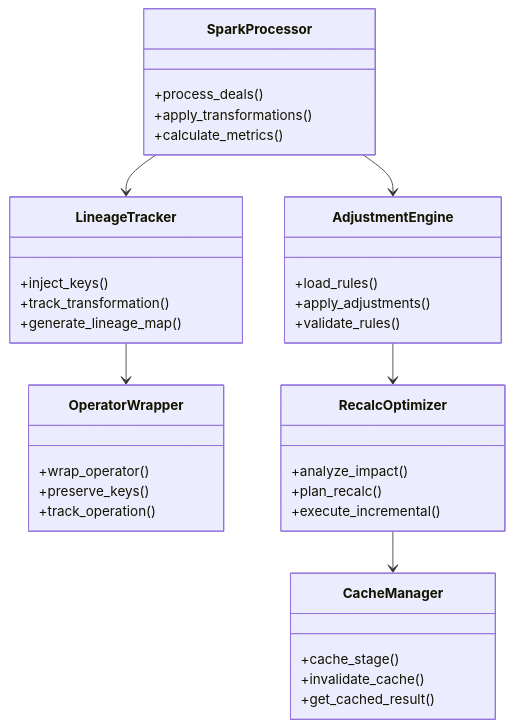
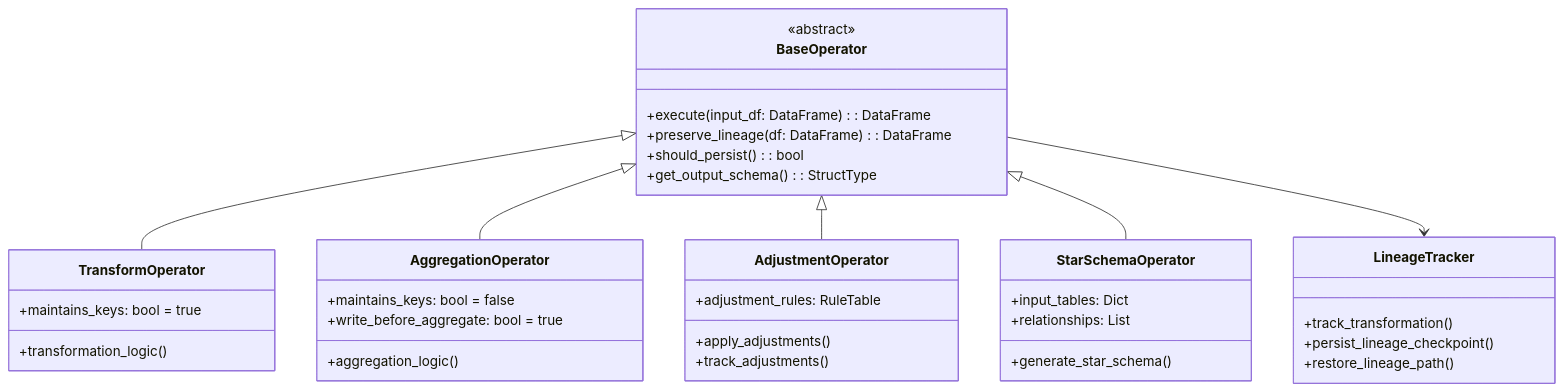
One commit to foolishimp/c4h_projects changed the second of 9 diagrams in processes/adjustments_models_v1.md. Above: the diagram before and after it, drawn with Mermaid. The commit also changed other lines of this file and 1 other file, not shown here.

````diff
--- a/processes/adjustments_models_v1.md
+++ b/processes/adjustments_models_v1.md
@@ -71,44 +88,45 @@
 ```mermaid
 classDiagram
-    class SparkProcessor {
-        +process_deals()
-        +apply_transformations()
-        +calculate_metrics()
+    class BaseOperator {
+        <<abstract>>
+        +execute(input_df: DataFrame): DataFrame
+        +preserve_lineage(df: DataFrame): DataFrame
+        +should_persist(): bool
+        +get_output_schema(): StructType
     }
     
-    class AdjustmentEngine {
-        +load_rules()
+    class TransformOperator {
+        +transformation_logic()
+        +maintains_keys: bool = true
+    }
+    
+    class AggregationOperator {
+        +aggregation_logic()
+        +maintains_keys: bool = false
+        +write_before_aggregate: bool = true
+    }
+    
+    class AdjustmentOperator {
+        +adjustment_rules: RuleTable
         +apply_adjustments()
-        +validate_rules()
+        +track_adjustments()
+    }
+    
+    class StarSchemaOperator {
+        +input_tables: Dict
+        +relationships: List
+        +generate_star_schema()
     }
     
     class LineageTracker {
-        +inject_keys()
         +track_transformation()
-        +generate_lineage_map()
+        +persist_lineage_checkpoint()
+        +restore_lineage_path()
     }
     
-    class OperatorWrapper {
-        +wrap_operator()
-        +preserve_keys()
-        +track_operation()
-    }
-    
-    class CacheManager {
-        +cache_stage()
-        +invalidate_cache()
-        +get_cached_result()
-    }
-    
-    class RecalcOptimizer {
-        +analyze_impact()
-        +plan_recalc()
-        +execute_incremental()
-    }
-    
-    SparkProcessor --> AdjustmentEngine
-    SparkProcessor --> LineageTracker
-    LineageTracker --> OperatorWrapper
-    AdjustmentEngine --> RecalcOptimizer
-    RecalcOptimizer --> CacheManager
+    BaseOperator <|-- TransformOperator
+    BaseOperator <|-- AggregationOperator
+    BaseOperator <|-- AdjustmentOperator
+    BaseOperator <|-- StarSchemaOperator
+    BaseOperator --> LineageTracker
 ```
````
